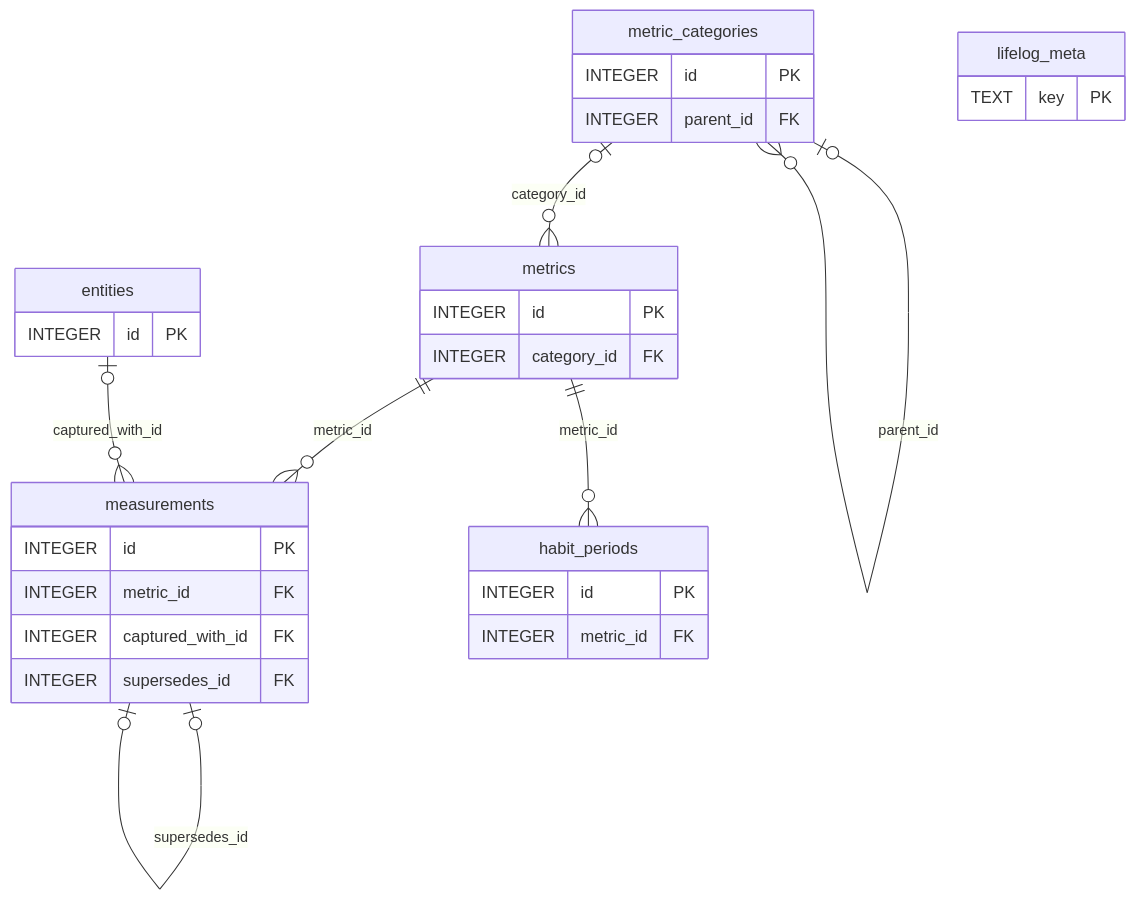
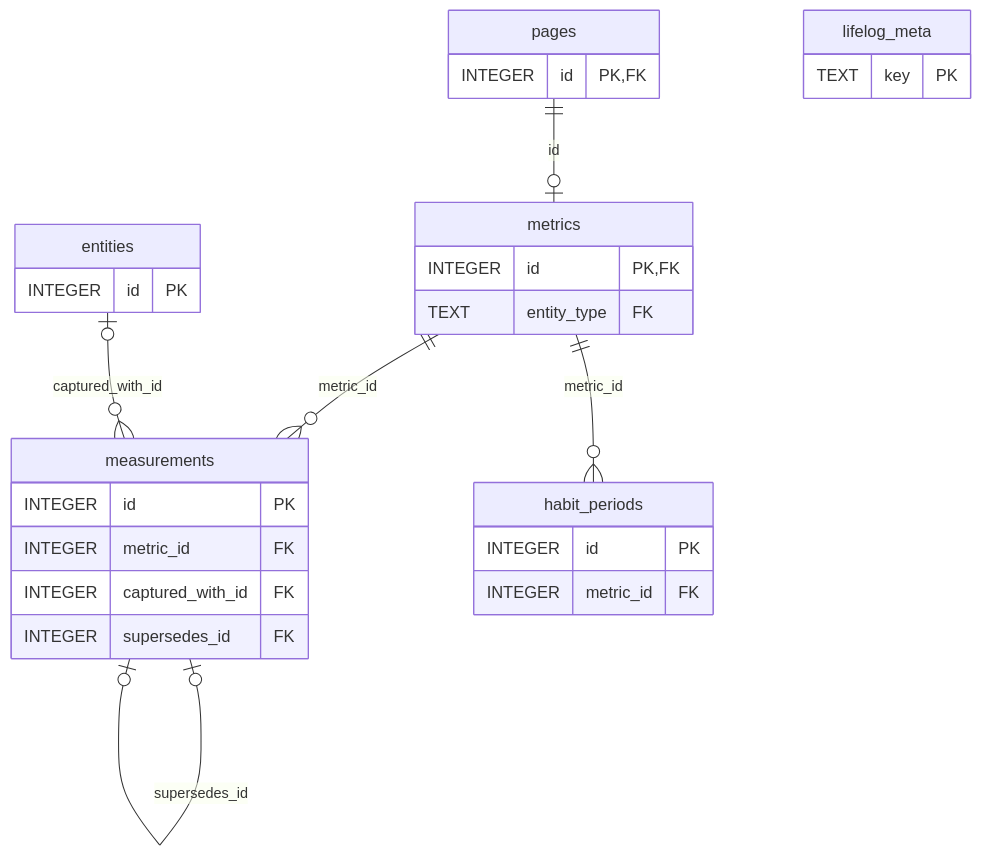
One commit to alexradunet/lifelogdb changed the second of 2 diagrams in docs/architecture/entity-model.md. Above: the diagram before and after it, drawn with Mermaid. The commit also changed other lines of this file and 70 other files, not shown here.

````diff
--- a/docs/architecture/entity-model.md
+++ b/docs/architecture/entity-model.md
@@ -56,35 +57,33 @@
 ```mermaid
 %% diagram: er-facts
 erDiagram
-    metric_categories |o--o{ metric_categories : "parent_id"
-    metric_categories |o--o{ metrics : "category_id"
+    pages       ||--o| metrics : "id"
     metrics     ||--o{ measurements : "metric_id"
     entities    |o--o{ measurements : "captured_with_id"
     measurements |o--o| measurements : "supersedes_id"
     metrics     ||--o{ habit_periods : "metric_id"
 
-    metric_categories {
-        INTEGER id PK
-        INTEGER parent_id FK
+    pages {
+        INTEGER id PK, FK
     }
     metrics {
-        INTEGER id PK
-        INTEGER category_id FK
+        INTEGER id PK, FK
+        TEXT entity_type FK
     }
     measurements {
         INTEGER id PK
         INTEGER metric_id FK
         INTEGER captured_with_id FK
         INTEGER supersedes_id FK
     }
     entities {
         INTEGER id PK
     }
     habit_periods {
         INTEGER id PK
         INTEGER metric_id FK
     }
     lifelog_meta {
         TEXT key PK
     }
 ```
````
